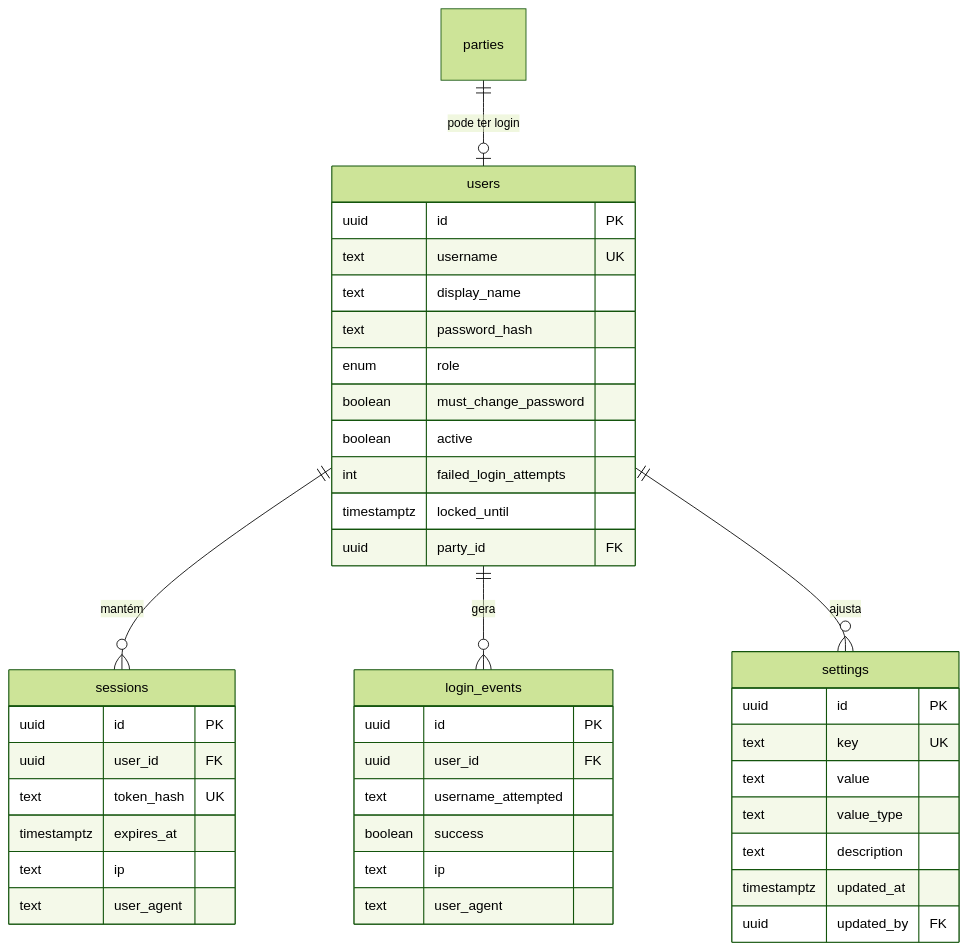
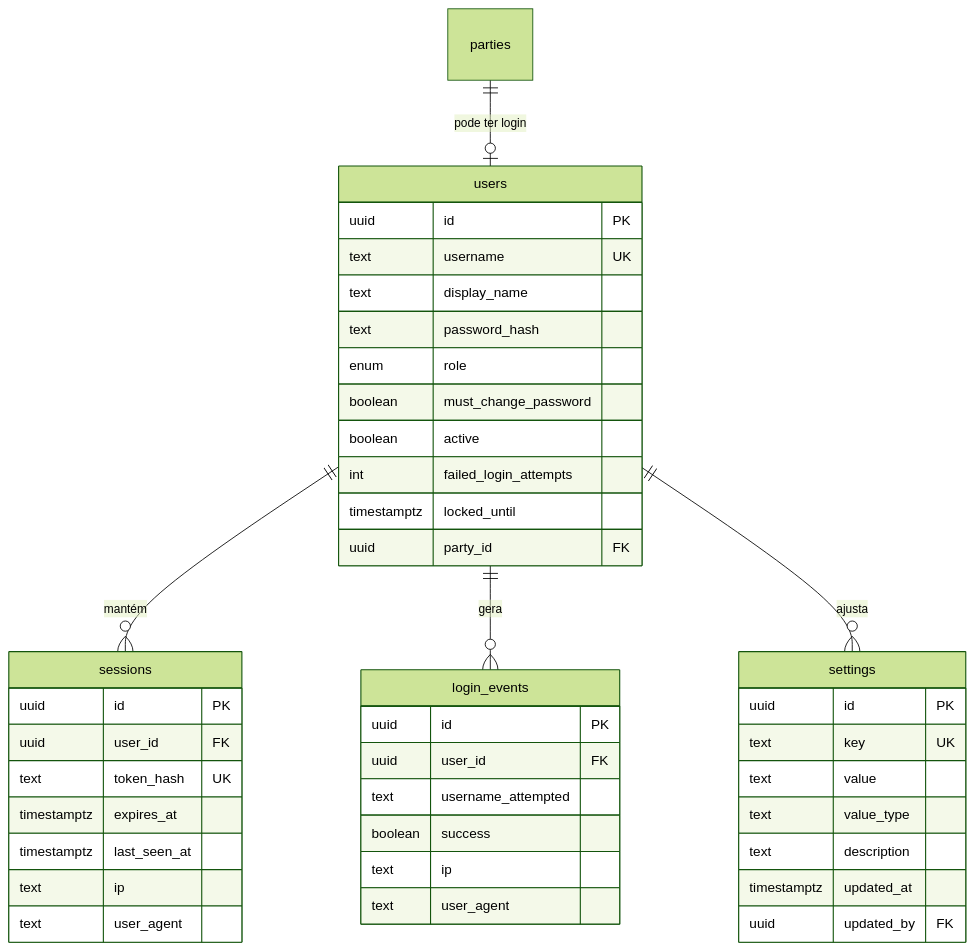
One commit to JoaoMudar/tcc changed the second of 5 diagrams in docs/engenharia/C-modelagem/C6-modelo-entidade-relacionamento.md. Above: the diagram before and after it, drawn with Mermaid (forest theme). The commit also changed other lines of this file and 19 other files, not shown here.

First line of the commit message:
fix(modelo-dados): alinha C8, C6 e as figuras ao schema real

````diff
--- a/docs/engenharia/C-modelagem/C6-modelo-entidade-relacionamento.md
+++ b/docs/engenharia/C-modelagem/C6-modelo-entidade-relacionamento.md
@@ -169,46 +176,47 @@
 ```mermaid
 erDiagram
   users {
     uuid    id PK
     text    username UK
     text    display_name
     text    password_hash
     enum    role
     boolean must_change_password
     boolean active
     int     failed_login_attempts
     timestamptz locked_until
     uuid    party_id FK
   }
   sessions {
     uuid id PK
     uuid user_id FK
     text token_hash UK
     timestamptz expires_at
+    timestamptz last_seen_at
     text ip
     text user_agent
   }
   login_events {
     uuid id PK
     uuid user_id FK
     text username_attempted
     boolean success
     text ip
     text user_agent
   }
   settings {
     uuid id PK
     text key UK
     text value
     text value_type
     text description
     timestamptz updated_at
     uuid updated_by FK
   }
   parties {}
 
   users ||--o{ sessions     : "mantém"
   users ||--o{ login_events : "gera"
   users ||--o{ settings     : "ajusta"
   parties ||--o| users : "pode ter login"
 ```
````
